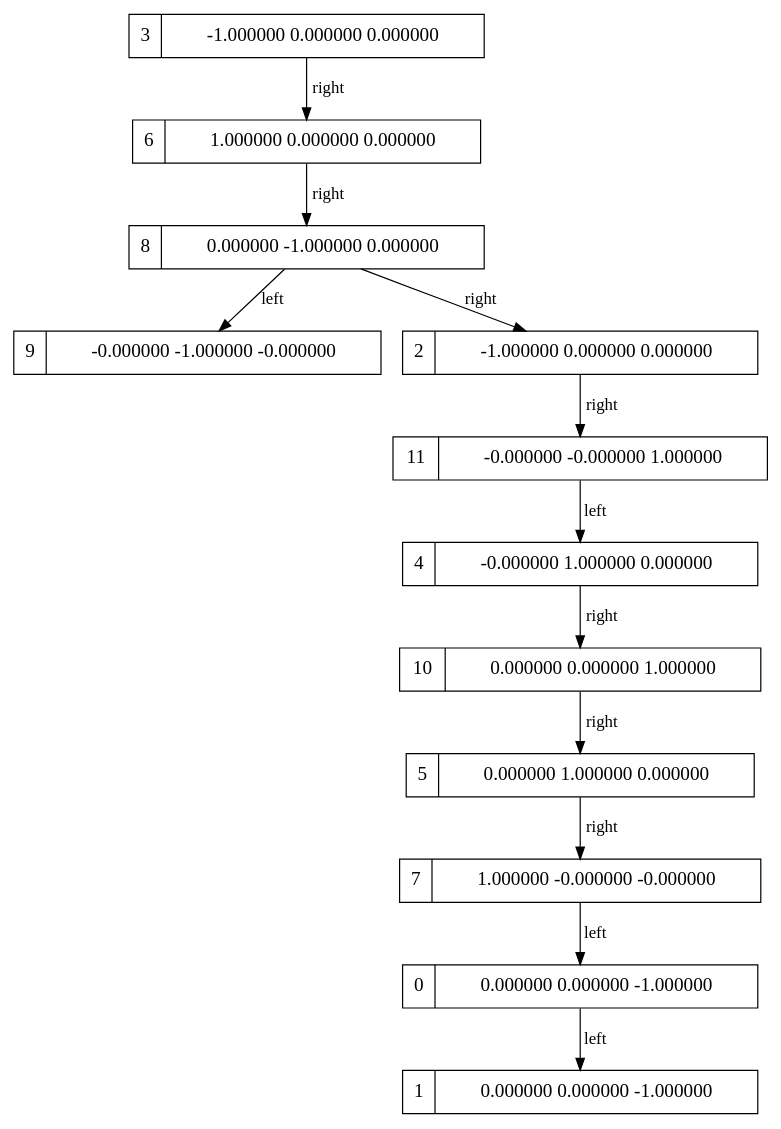
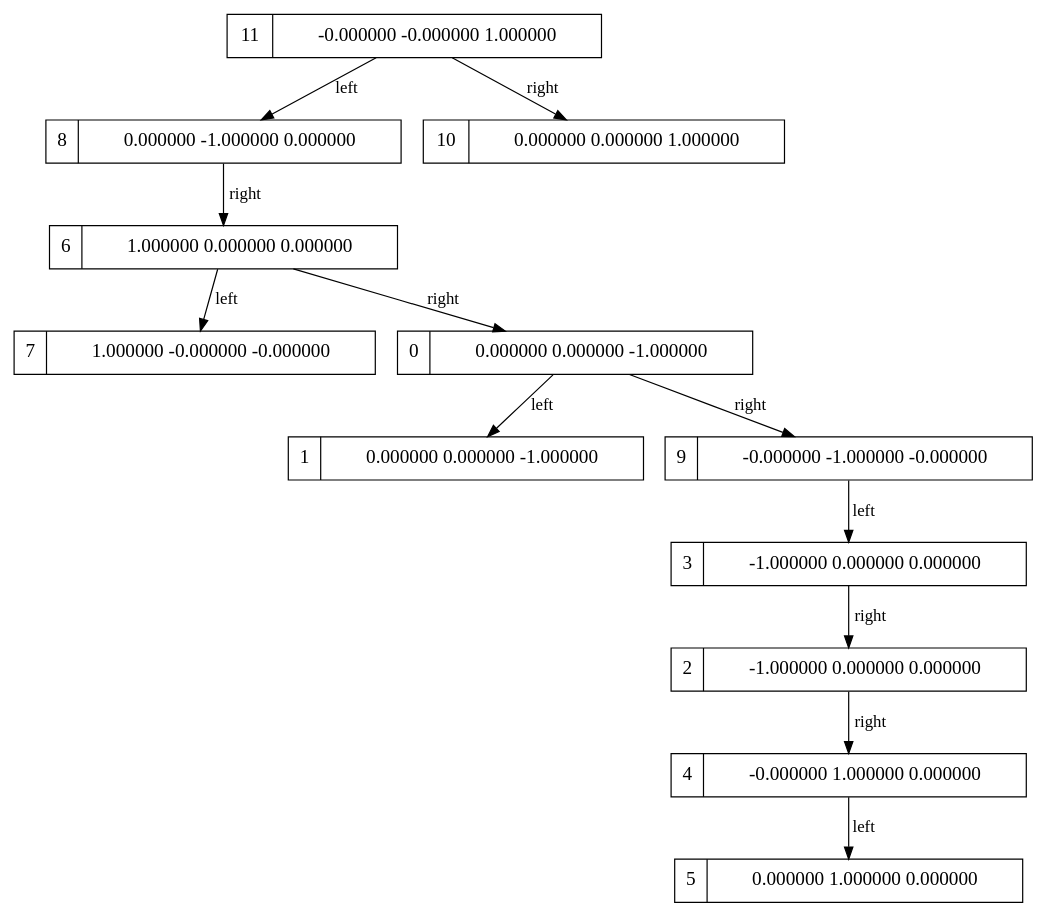
Before and after one commit to AryaGosuDev/RayTracer: the diagram in Render2/cubeoutGraph.dot, drawn with Graphviz. The commit also changed 160 other files, not shown here.

```diff
--- a/Render2/cubeoutGraph.dot
+++ b/Render2/cubeoutGraph.dot
@@ -1,1 +1,1 @@
-digraph g { graph []; node [ fontsize="16" shape = "ellipse"]; edge [];"node3" [ label = "3 | -1.000000 0.000000 0.000000 " shape = "record" ];"node6" [ label = "6 | 1.000000 0.000000 0.000000 " shape = "record" ];"node8" [ label = "8 | 0.000000 -1.000000 0.000000 " shape = "record" ];"node9" [ label = "9 | -0.000000 -1.000000 -0.000000 " shape = "record" ];"node2" [ label = "2 | -1.000000 0.000000 0.000000 " shape = "record" ];"node11" [ label = "11 | -0.000000 -0.000000 1.000000 " shape = "record" ];"node4" [ label = "4 | -0.000000 1.000000 0.000000 " shape = "record" ];"node10" [ label = "10 | 0.000000 0.000000 1.000000 " shape = "record" ];"node5" [ label = "5 | 0.000000 1.000000 0.000000 " shape = "record" ];"node7" [ label = "7 | 1.000000 -0.000000 -0.000000 " shape = "record" ];"node0" [ label = "0 | 0.000000 0.000000 -1.000000 " shape = "record" ];"node1" [ label = "1 | 0.000000 0.000000 -1.000000 " shape = "record" ];"node3"-> "node6" [ label = "right"];"node6"-> "node8" [ label = "right"];"node8"-> "node9" [ label = "left"];"node8"-> "node2" [ label = "right"];"node2"-> "node11" [ label = "right"];"node11"-> "node4" [ label = "left"];"node4"-> "node10" [ label = "right"];"node10"-> "node5" [ label = "right"];"node5"-> "node7" [ label = "right"];"node7"-> "node0" [ label = "left"];"node0"-> "node1" [ label = "left"];}
+digraph g { graph []; node [ fontsize="16" shape = "ellipse"]; edge [];"node11" [ label = "11 | -0.000000 -0.000000 1.000000 " shape = "record" ];"node8" [ label = "8 | 0.000000 -1.000000 0.000000 " shape = "record" ];"node6" [ label = "6 | 1.000000 0.000000 0.000000 " shape = "record" ];"node7" [ label = "7 | 1.000000 -0.000000 -0.000000 " shape = "record" ];"node0" [ label = "0 | 0.000000 0.000000 -1.000000 " shape = "record" ];"node1" [ label = "1 | 0.000000 0.000000 -1.000000 " shape = "record" ];"node9" [ label = "9 | -0.000000 -1.000000 -0.000000 " shape = "record" ];"node3" [ label = "3 | -1.000000 0.000000 0.000000 " shape = "record" ];"node2" [ label = "2 | -1.000000 0.000000 0.000000 " shape = "record" ];"node4" [ label = "4 | -0.000000 1.000000 0.000000 " shape = "record" ];"node5" [ label = "5 | 0.000000 1.000000 0.000000 " shape = "record" ];"node10" [ label = "10 | 0.000000 0.000000 1.000000 " shape = "record" ];"node11"-> "node8" [ label = "left"];"node8"-> "node6" [ label = "right"];"node6"-> "node7" [ label = "left"];"node6"-> "node0" [ label = "right"];"node0"-> "node1" [ label = "left"];"node0"-> "node9" [ label = "right"];"node9"-> "node3" [ label = "left"];"node3"-> "node2" [ label = "right"];"node2"-> "node4" [ label = "right"];"node4"-> "node5" [ label = "left"];"node11"-> "node10" [ label = "right"];}
```
